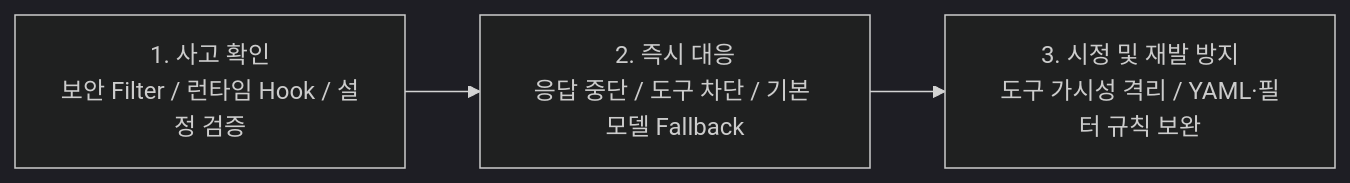
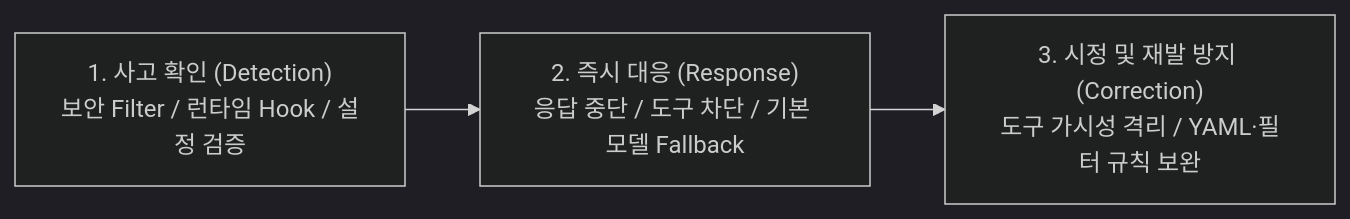
Before and after one commit to misjin05/playground: the second of 2 diagrams in AIS/Reports/Slide22_23_Update.md, drawn with Mermaid (dark theme). The commit also changed other lines of this file and 1 other file, not shown here.

Commit message:
Remove redundant top bullet on Slide 23 and focus on AI output risk & incident response

````diff
--- a/AIS/Reports/Slide22_23_Update.md
+++ b/AIS/Reports/Slide22_23_Update.md
@@ -74,5 +63,5 @@
 ```mermaid
 graph LR
-    R1["1. 사고 확인<br/>보안 Filter / 런타임 Hook / 설정 검증"] --> R2["2. 즉시 대응<br/>응답 중단 / 도구 차단 / 기본 모델 Fallback"]
-    R2 --> R3["3. 시정 및 재발 방지<br/>도구 가시성 격리 / YAML·필터 규칙 보완"]
+    R1["1. 사고 확인 (Detection)<br/>보안 Filter / 런타임 Hook / 설정 검증"] --> R2["2. 즉시 대응 (Response)<br/>응답 중단 / 도구 차단 / 기본 모델 Fallback"]
+    R2 --> R3["3. 시정 및 재발 방지 (Correction)<br/>도구 가시성 격리 / YAML·필터 규칙 보완"]
 ```
````
